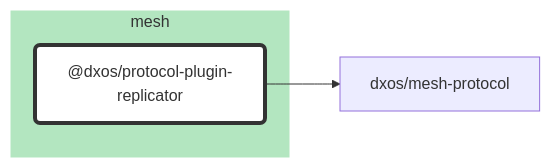
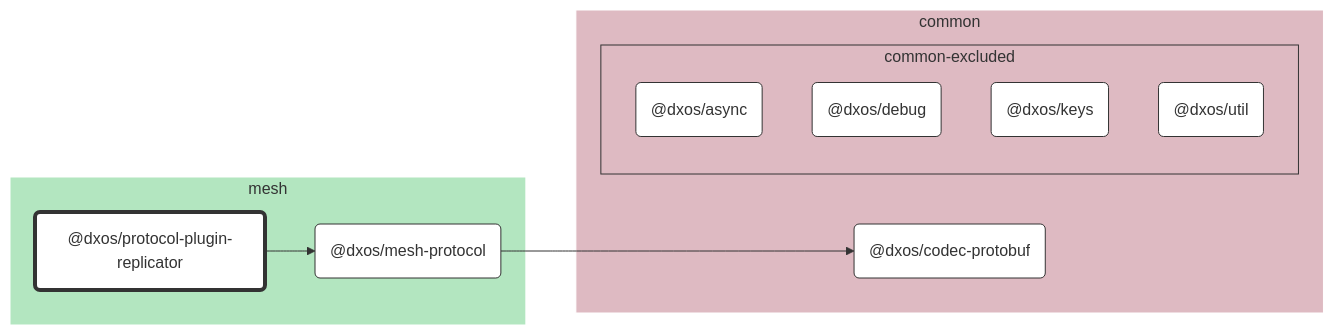
One commit to dxos/dxos changed the diagram in packages/mesh/protocol-plugin-replicator/docs/README.md. Above: the diagram before and after it, drawn with Mermaid. The commit also changed 69 other files, not shown here.

````diff
--- a/packages/mesh/protocol-plugin-replicator/docs/README.md
+++ b/packages/mesh/protocol-plugin-replicator/docs/README.md
@@ -7,21 +7,42 @@
 ```mermaid
 %%{ init: {'flowchart':{'curve':'basis'}} }%%
 
 flowchart LR
 
 %% Classes
 classDef def fill:#fff,stroke:#333,stroke-width:1px
 classDef root fill:#fff,stroke:#333,stroke-width:4px
 
 %% Nodes
 
 subgraph mesh [mesh]
   style mesh fill:#b3e6c0,stroke:#fff
   dxos/protocol-plugin-replicator("@dxos/protocol-plugin-replicator"):::root
   click dxos/protocol-plugin-replicator "dxos/dxos/tree/main/packages/mesh/protocol-plugin-replicator/docs"
+  dxos/mesh-protocol("@dxos/mesh-protocol"):::def
+  click dxos/mesh-protocol "dxos/dxos/tree/main/packages/mesh/mesh-protocol/docs"
+end
+
+subgraph common [common]
+  style common fill:#debac2,stroke:#fff
+  dxos/codec-protobuf("@dxos/codec-protobuf"):::def
+  click dxos/codec-protobuf "dxos/dxos/tree/main/packages/common/codec-protobuf/docs"
+
+  subgraph common-excluded [common-excluded]
+    style common-excluded fill:#debac2,stroke:#333,stroke-dashed:5 5
+    dxos/async("@dxos/async"):::def
+    click dxos/async "dxos/dxos/tree/main/packages/common/async/docs"
+    dxos/debug("@dxos/debug"):::def
+    click dxos/debug "dxos/dxos/tree/main/packages/common/debug/docs"
+    dxos/keys("@dxos/keys"):::def
+    click dxos/keys "dxos/dxos/tree/main/packages/common/keys/docs"
+    dxos/util("@dxos/util"):::def
+    click dxos/util "dxos/dxos/tree/main/packages/common/util/docs"
+  end
 end
 
 %% Links
 linkStyle default stroke:#333,stroke-width:1px
 dxos/protocol-plugin-replicator --> dxos/mesh-protocol
+dxos/mesh-protocol --> dxos/codec-protobuf
 ```
````
